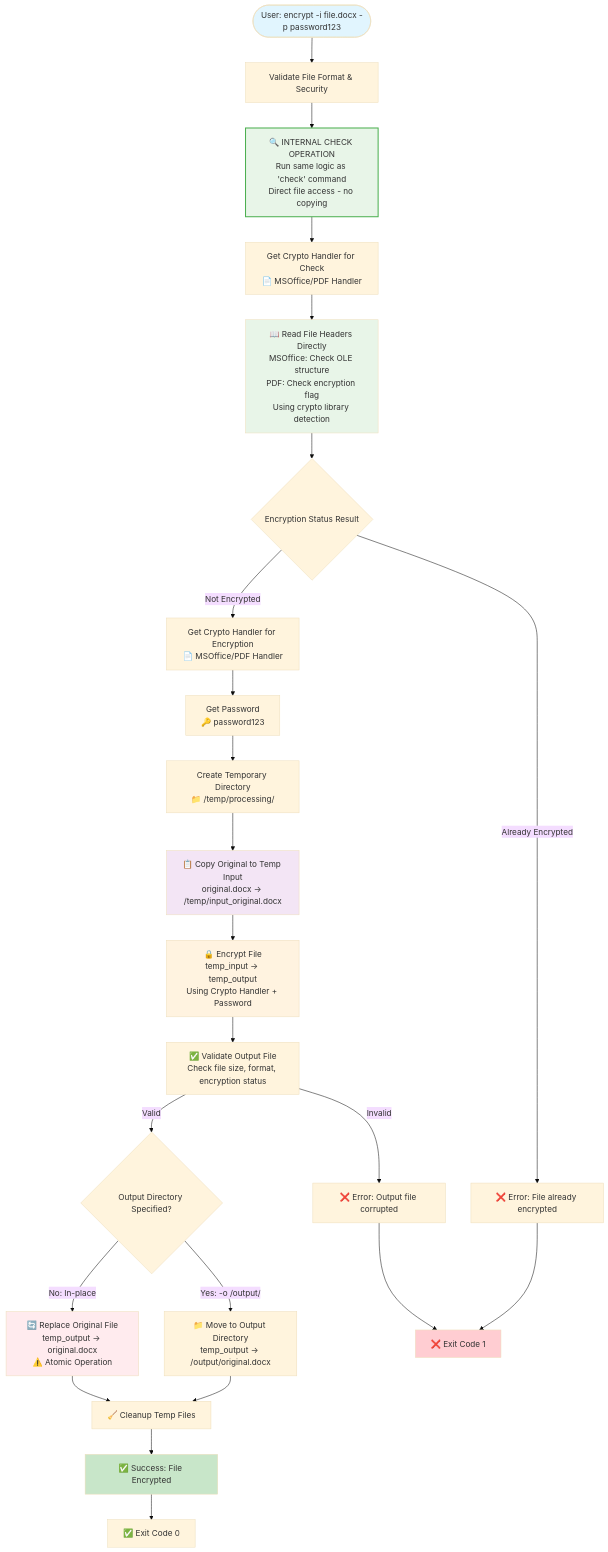
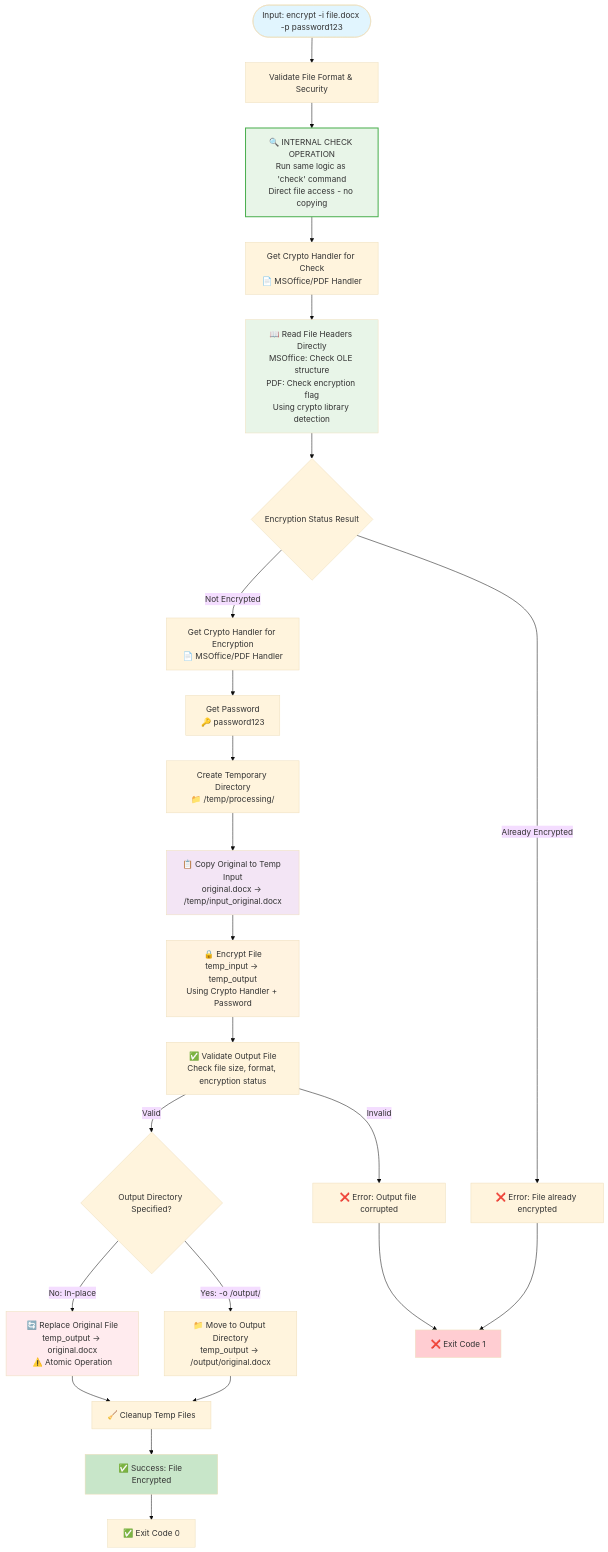
The third of 11 diagrams in dev/FASTPASS_BUSINESS_LOGIC_DIAGRAM.md (tenpainator/fast_pass), drawn with Mermaid (base theme) before and after one commit. The commit also changed other lines of this file, not shown here.

First line of the commit message:
Update business logic diagram to include library interface

````diff
--- a/dev/FASTPASS_BUSINESS_LOGIC_DIAGRAM.md
+++ b/dev/FASTPASS_BUSINESS_LOGIC_DIAGRAM.md
@@ -29,42 +59,42 @@
 ```mermaid
 flowchart TD
-    START([User: encrypt -i file.docx -p password123]) --> VALIDATE[Validate File Format & Security]
+    START([Input: encrypt -i file.docx -p password123]) --> VALIDATE[Validate File Format & Security]
     VALIDATE --> RUN_CHECK[🔍 INTERNAL CHECK OPERATION<br/>Run same logic as 'check' command<br/>Direct file access - no copying]
     
     RUN_CHECK --> GET_HANDLER_CHECK[Get Crypto Handler for Check<br/>📄 MSOffice/PDF Handler]
     GET_HANDLER_CHECK --> DETECT_ENC[📖 Read File Headers Directly<br/>MSOffice: Check OLE structure<br/>PDF: Check encryption flag<br/>Using crypto library detection]
     
     DETECT_ENC --> CHECK_ENC{Encryption Status Result}
     CHECK_ENC -->|Already Encrypted| ERROR_ENCRYPTED[❌ Error: File already encrypted]
     CHECK_ENC -->|Not Encrypted| GET_HANDLER[Get Crypto Handler for Encryption<br/>📄 MSOffice/PDF Handler]
     
     GET_HANDLER --> GET_PASSWORD[Get Password<br/>🔑 password123]
     GET_PASSWORD --> CREATE_TEMP[Create Temporary Directory<br/>📁 /temp/processing/]
     
     CREATE_TEMP --> COPY_INPUT[📋 Copy Original to Temp Input<br/>original.docx → /temp/input_original.docx]
     COPY_INPUT --> ENCRYPT[🔒 Encrypt File<br/>temp_input → temp_output<br/>Using Crypto Handler + Password]
     
     ENCRYPT --> VALIDATE_OUTPUT[✅ Validate Output File<br/>Check file size, format, encryption status]
     VALIDATE_OUTPUT -->|Valid| DETERMINE_FINAL{Output Directory Specified?}
     VALIDATE_OUTPUT -->|Invalid| ERROR_CORRUPT[❌ Error: Output file corrupted]
     
     DETERMINE_FINAL -->|Yes: -o /output/| MOVE_TO_DIR[📁 Move to Output Directory<br/>temp_output → /output/original.docx]
     DETERMINE_FINAL -->|No: In-place| REPLACE_ORIGINAL[🔄 Replace Original File<br/>temp_output → original.docx<br/>⚠️ Atomic Operation]
     
     MOVE_TO_DIR --> CLEANUP[🧹 Cleanup Temp Files]
     REPLACE_ORIGINAL --> CLEANUP
     CLEANUP --> SUCCESS[✅ Success: File Encrypted]
     
     ERROR_ENCRYPTED --> FAIL[❌ Exit Code 1]
     ERROR_CORRUPT --> FAIL
     SUCCESS --> PASS[✅ Exit Code 0]
 
     style START fill:#e1f5fe
     style SUCCESS fill:#c8e6c9
     style FAIL fill:#ffcdd2
     style ENCRYPT fill:#fff3e0
     style COPY_INPUT fill:#f3e5f5
     style REPLACE_ORIGINAL fill:#ffebee
     style RUN_CHECK fill:#e8f5e8,stroke:#4caf50,stroke-width:2px
     style DETECT_ENC fill:#e8f5e8
 ```
````
